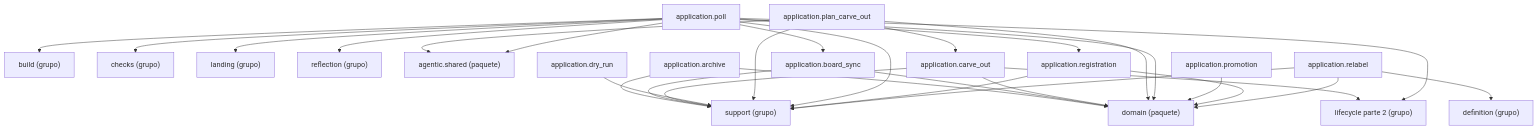
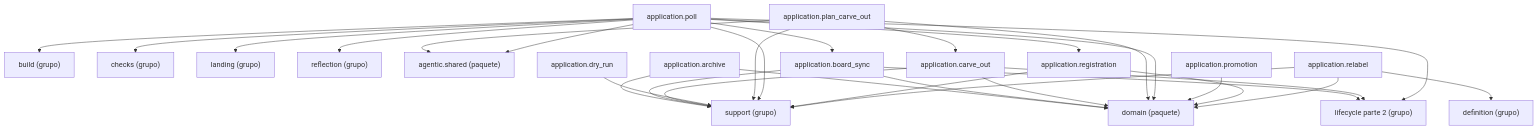
Before and after one commit to GonzaloZevallos/agentic-system: the diagram in docs/architecture/generated/packages-process-application-lifecycle-1.md, drawn with Mermaid. The commit also changed 17 other files, not shown here.

````diff
--- a/docs/architecture/generated/packages-process-application-lifecycle-1.md
+++ b/docs/architecture/generated/packages-process-application-lifecycle-1.md
@@ -17,49 +17,50 @@
 ```mermaid
 graph TD
     g_application__build["build (grupo)"]
     g_application__checks["checks (grupo)"]
     g_application__definition["definition (grupo)"]
     g_application__landing["landing (grupo)"]
     g_application__lifecycle__2["lifecycle parte 2 (grupo)"]
     g_application__reflection["reflection (grupo)"]
     g_application__support["support (grupo)"]
     g_pkg__agentic__shared["agentic.shared (paquete)"]
     g_pkg__domain["domain (paquete)"]
     m_application__archive["application.archive"]
     m_application__board_sync["application.board_sync"]
     m_application__carve_out["application.carve_out"]
     m_application__dry_run["application.dry_run"]
     m_application__plan_carve_out["application.plan_carve_out"]
     m_application__poll["application.poll"]
     m_application__promotion["application.promotion"]
     m_application__registration["application.registration"]
     m_application__relabel["application.relabel"]
     m_application__archive --> g_application__support
     m_application__archive --> g_pkg__domain
+    m_application__board_sync --> g_application__lifecycle__2
     m_application__board_sync --> g_application__support
     m_application__board_sync --> g_pkg__domain
     m_application__carve_out --> g_application__lifecycle__2
     m_application__carve_out --> g_application__support
     m_application__carve_out --> g_pkg__domain
     m_application__dry_run --> g_application__support
     m_application__plan_carve_out --> g_application__support
     m_application__plan_carve_out --> g_pkg__agentic__shared
     m_application__plan_carve_out --> g_pkg__domain
     m_application__plan_carve_out --> m_application__carve_out
     m_application__poll --> g_application__build
     m_application__poll --> g_application__checks
     m_application__poll --> g_application__landing
     m_application__poll --> g_application__lifecycle__2
     m_application__poll --> g_application__reflection
     m_application__poll --> g_application__support
     m_application__poll --> g_pkg__agentic__shared
     m_application__poll --> g_pkg__domain
     m_application__poll --> m_application__board_sync
     m_application__poll --> m_application__registration
     m_application__promotion --> g_pkg__domain
     m_application__registration --> g_application__support
     m_application__registration --> g_pkg__domain
     m_application__relabel --> g_application__definition
     m_application__relabel --> g_application__support
     m_application__relabel --> g_pkg__domain
 ```
````
